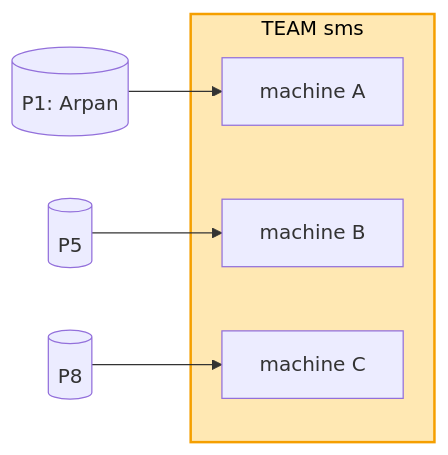
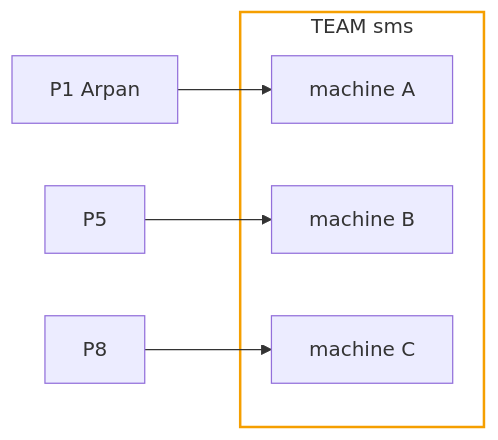
The fourth of 8 diagrams in 04_HLD/SYSTEM_DESIGNS/12_message_queue_kafka/KAFKA_HAND_NOTES.md (ArpanMaheshwari144/Prep), drawn with Mermaid before and after one commit. The commit also changed other lines of this file and 1 other file, not shown here.

Commit message:
HLD kafka: notes dobara (chhoti kahani lines) + 3 cross-Q dono file me (lag 7 din, min.insync pe order, SMS company band = breaker) + diagram saaf

````diff
--- a/04_HLD/SYSTEM_DESIGNS/12_message_queue_kafka/KAFKA_HAND_NOTES.md
+++ b/04_HLD/SYSTEM_DESIGNS/12_message_queue_kafka/KAFKA_HAND_NOTES.md
@@ -95,12 +84,12 @@
 ```mermaid
 flowchart LR
-    P1[("P1: Arpan")] --> A["machine A"]
-    P5[("P5")] --> B["machine B"]
-    P8[("P8")] --> C["machine C"]
+    P1["P1 Arpan"] --> A["machine A"]
+    P5["P5"] --> B["machine B"]
+    P8["P8"] --> C["machine C"]
     subgraph S["TEAM sms"]
         A
         B
         C
     end
-    style S fill:#ffe8b3,stroke:#f59f00,stroke-width:2px,color:#000
+    style S fill:none,stroke:#f59f00,stroke-width:2px
 ```
````
